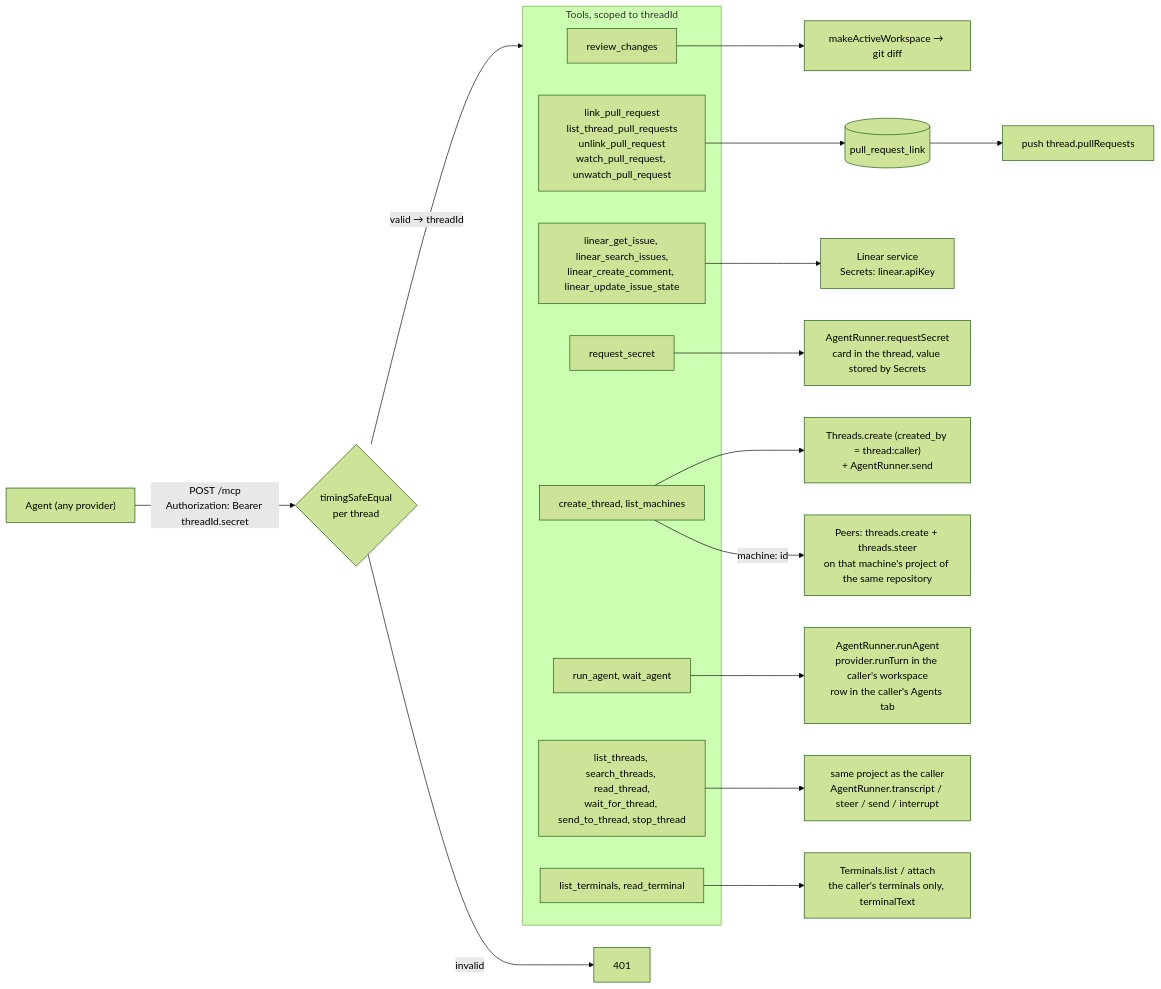
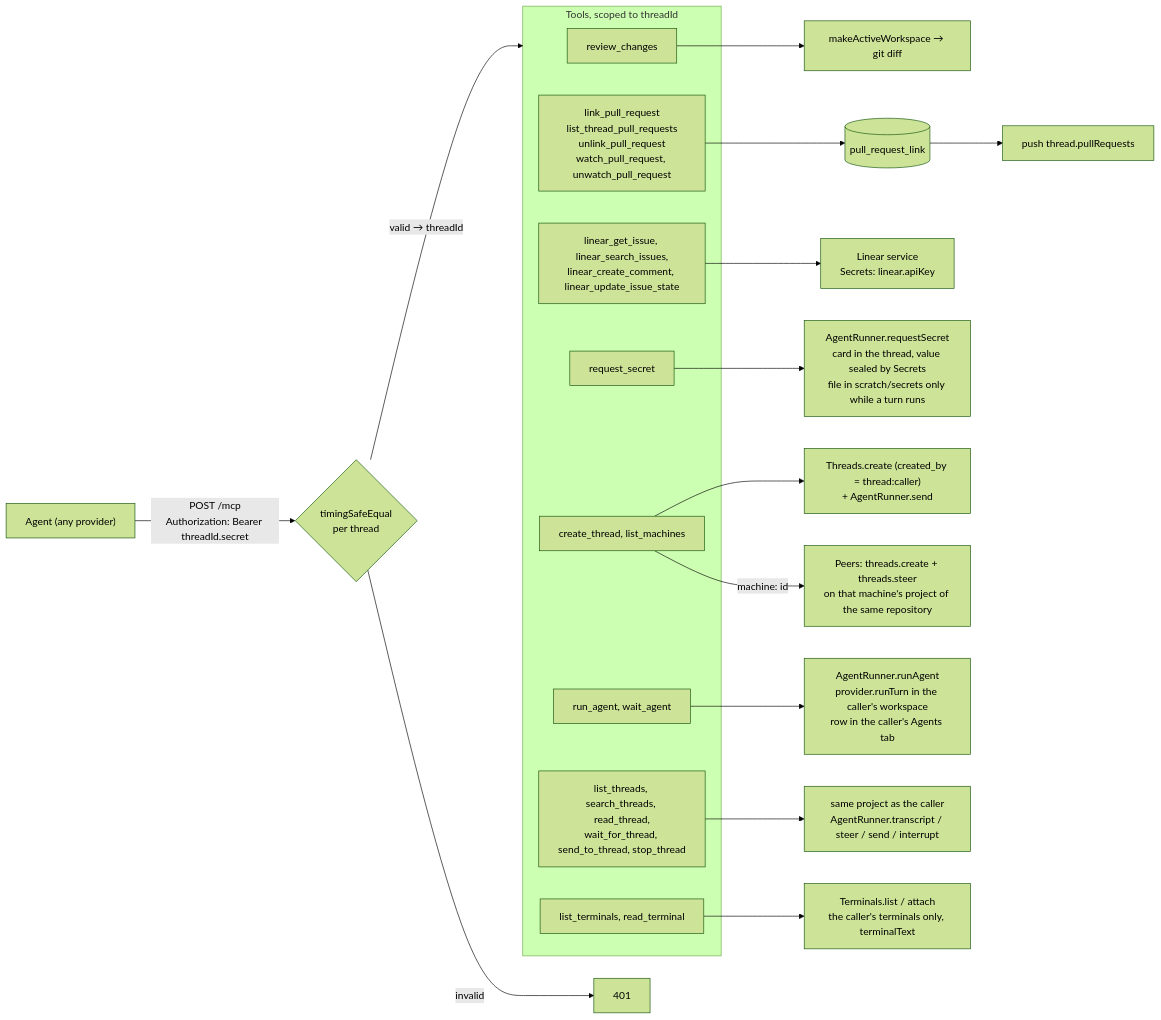
Before and after one commit to hinadev-ai/hinacode: diagram 16 of 19 in docs/arch.md, drawn with Mermaid (forest theme). The commit also changed other lines of this file and 35 other files, not shown here.

````diff
--- a/docs/arch.md
+++ b/docs/arch.md
@@ -667,25 +667,25 @@
 ```mermaid
 flowchart LR
   agent["Agent (any provider)"] -- "POST /mcp<br/>Authorization: Bearer threadId.secret" --> auth{"timingSafeEqual<br/>per thread"}
   auth -- "valid → threadId" --> tools
   auth -- invalid --> deny["401"]
   subgraph tools["Tools, scoped to threadId"]
     review["review_changes"]
     prs["link_pull_request<br/>list_thread_pull_requests<br/>unlink_pull_request<br/>watch_pull_request, unwatch_pull_request"]
     linear["linear_get_issue, linear_search_issues,<br/>linear_create_comment, linear_update_issue_state"]
     secret["request_secret"]
     create["create_thread, list_machines"]
     run["run_agent, wait_agent"]
     control["list_threads, search_threads, read_thread,<br/>wait_for_thread, send_to_thread, stop_thread"]
     terms["list_terminals, read_terminal"]
   end
   review --> ws["makeActiveWorkspace → git diff"]
   prs --> db[("pull_request_link")] --> push["push thread.pullRequests"]
   linear --> apikey["Linear service<br/>Secrets: linear.apiKey"]
-  secret --> runner["AgentRunner.requestSecret<br/>card in the thread, value stored by Secrets"]
+  secret --> runner["AgentRunner.requestSecret<br/>card in the thread, value sealed by Secrets<br/>file in scratch/secrets only while a turn runs"]
   create --> threads["Threads.create (created_by = thread:caller)<br/>+ AgentRunner.send"]
   create -- "machine: id" --> peers["Peers: threads.create + threads.steer<br/>on that machine's project of the same repository"]
   run --> agentRun["AgentRunner.runAgent<br/>provider.runTurn in the caller's workspace<br/>row in the caller's Agents tab"]
   control --> scope["same project as the caller<br/>AgentRunner.transcript / steer / send / interrupt"]
   terms --> scrollback["Terminals.list / attach<br/>the caller's terminals only, terminalText"]
 ```
````
